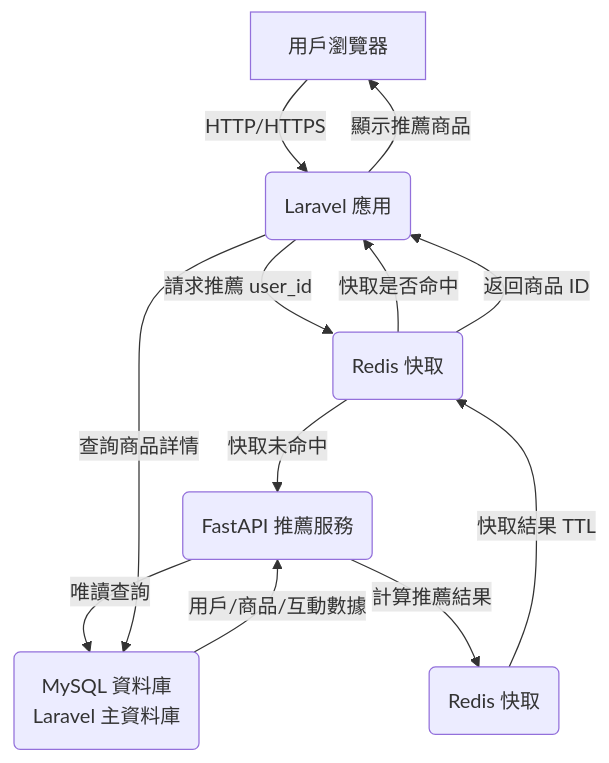
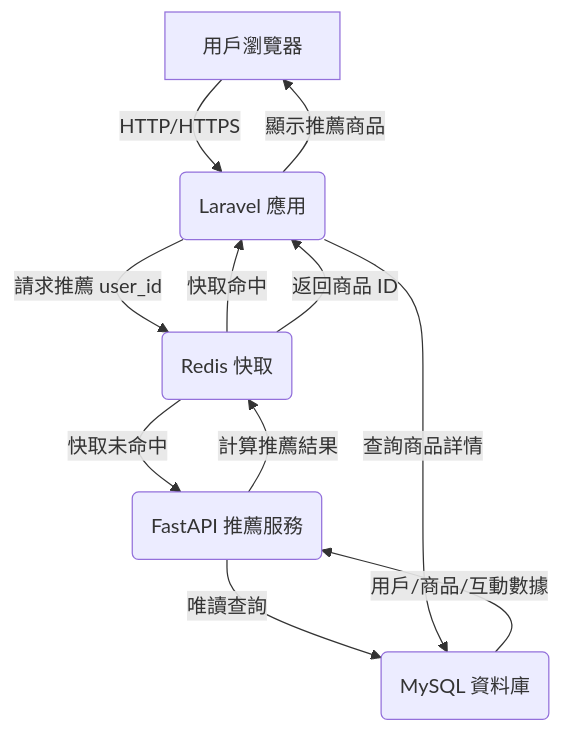
The diagram in README.md (BpsEason/laravel-fastapi-recommender), drawn with Mermaid before and after one commit. The commit also changed other lines of this file, not shown here.

````diff
--- a/README.md
+++ b/README.md
@@ -19,14 +19,13 @@
 ```mermaid
 graph TD
     A[用戶瀏覽器] -->|HTTP/HTTPS| B(Laravel 應用)
     B -->|請求推薦 user_id| C(Redis 快取)
-    C -->|快取是否命中| B
+    C -->|快取命中| B
     C -->|快取未命中| D(FastAPI 推薦服務)
-    D -->|唯讀查詢| E(MySQL 資料庫<br>Laravel 主資料庫)
+    D -->|唯讀查詢| E(MySQL 資料庫)
     E -->|用戶/商品/互動數據| D
-    D -->|計算推薦結果| F(Redis 快取)
-    F -->|快取結果 TTL| C
+    D -->|計算推薦結果| C
     C -->|返回商品 ID| B
     B -->|查詢商品詳情| E
     B -->|顯示推薦商品| A
 ```
````
